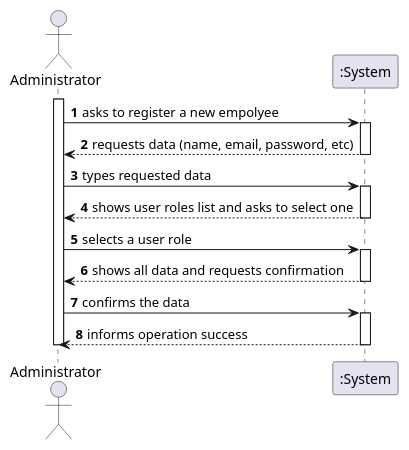
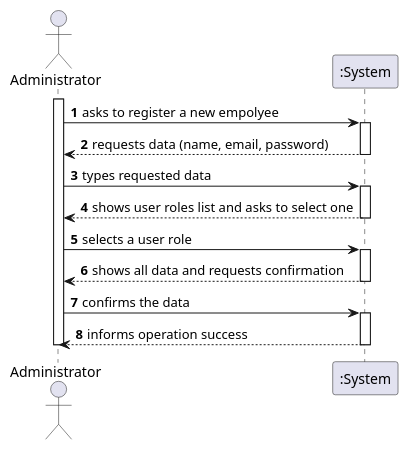
One commit to miseEnPlace-i/lapr2 changed the diagram in docs/SprintB/US10/SSD/US10_SSD.puml. Above: the diagram before and after it, drawn with PlantUML. The commit also changed 4 other files, not shown here.

```diff
--- a/docs/SprintB/US10/SSD/US10_SSD.puml
+++ b/docs/SprintB/US10/SSD/US10_SSD.puml
@@ -1,28 +1,28 @@
 @startuml US10_SSD
 autonumber
 actor "Administrator" as admin
 
 activate admin
 admin -> ":System" : asks to register a new empolyee
 activate ":System"
-":System" --> admin : requests data (name, email, password, etc)
+":System" --> admin : requests data (name, email, password)
 deactivate ":System"
 
 admin -> ":System" : types requested data
 activate ":System"
 ":System" --> admin : shows user roles list and asks to select one
 deactivate ":System"
 
 admin -> ":System" : selects a user role
 activate ":System"
 ":System" --> admin : shows all data and requests confirmation
 deactivate ":System"
 
 admin -> ":System" : confirms the data
 activate ":System"
 ":System" --> admin : informs operation success
 deactivate ":System"
 
 deactivate admin
 
 @enduml
```
